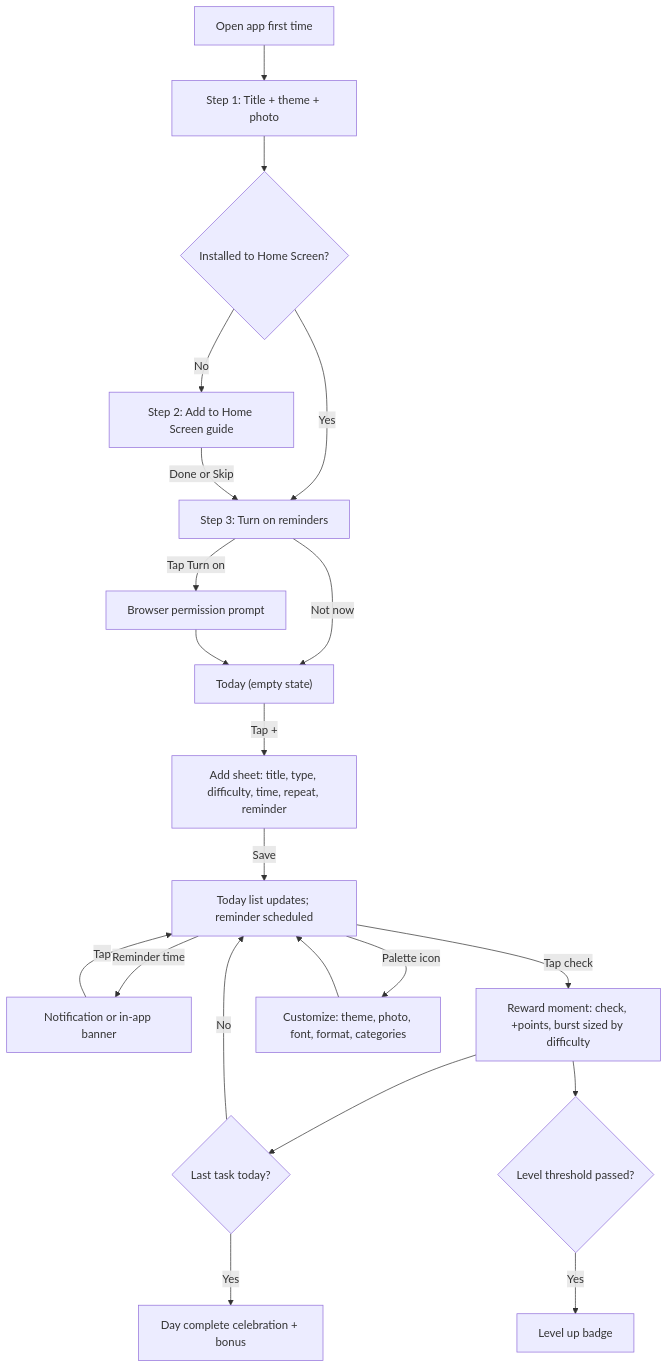
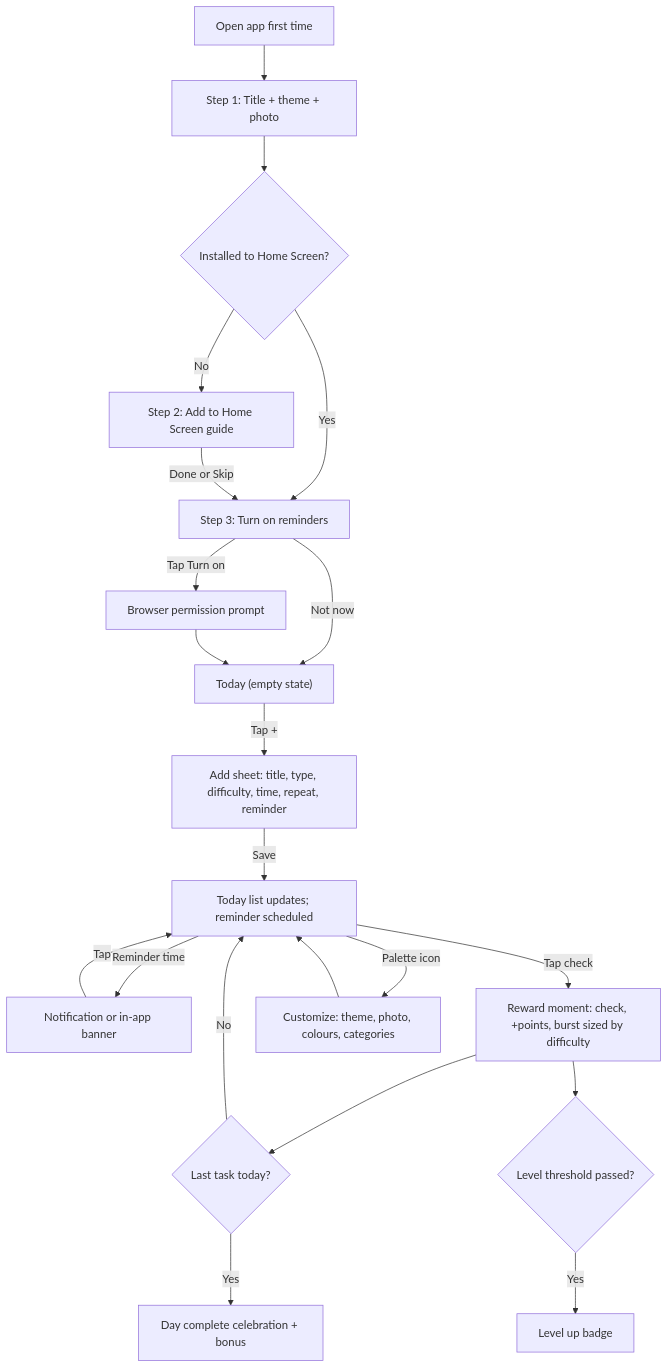
The diagram in docs/spec.md (tyler467890/student-day-planner), drawn with Mermaid before and after one commit. The commit also changed other lines of this file and 5 other files, not shown here.

````diff
--- a/docs/spec.md
+++ b/docs/spec.md
@@ -277,23 +277,23 @@
 ```mermaid
 flowchart TD
   A["Open app first time"] --> B["Step 1: Title + theme + photo"]
   B --> C{"Installed to Home Screen?"}
   C -- "No" --> D["Step 2: Add to Home Screen guide"]
   C -- "Yes" --> E["Step 3: Turn on reminders"]
   D -- "Done or Skip" --> E
   E -- "Tap Turn on" --> F["Browser permission prompt"]
   E -- "Not now" --> G["Today (empty state)"]
   F --> G
   G -- "Tap +" --> H["Add sheet: title, type, difficulty, time, repeat, reminder"]
   H -- "Save" --> I["Today list updates; reminder scheduled"]
   I -- "Reminder time" --> J["Notification or in-app banner"]
   J -- "Tap" --> I
   I -- "Tap check" --> K["Reward moment: check, +points, burst sized by difficulty"]
   K --> L{"Last task today?"}
   L -- "Yes" --> M["Day complete celebration + bonus"]
   L -- "No" --> I
   K --> N{"Level threshold passed?"}
   N -- "Yes" --> O["Level up badge"]
-  I -- "Palette icon" --> P["Customize: theme, photo, font, format, categories"]
+  I -- "Palette icon" --> P["Customize: theme, photo, colours, categories"]
   P --> I
 ```
````
